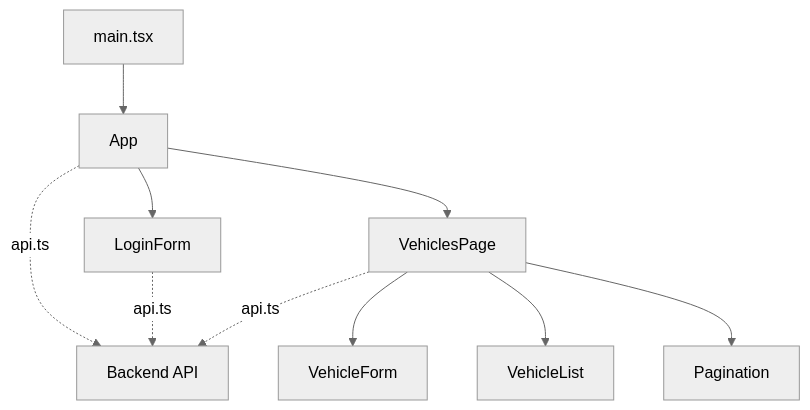
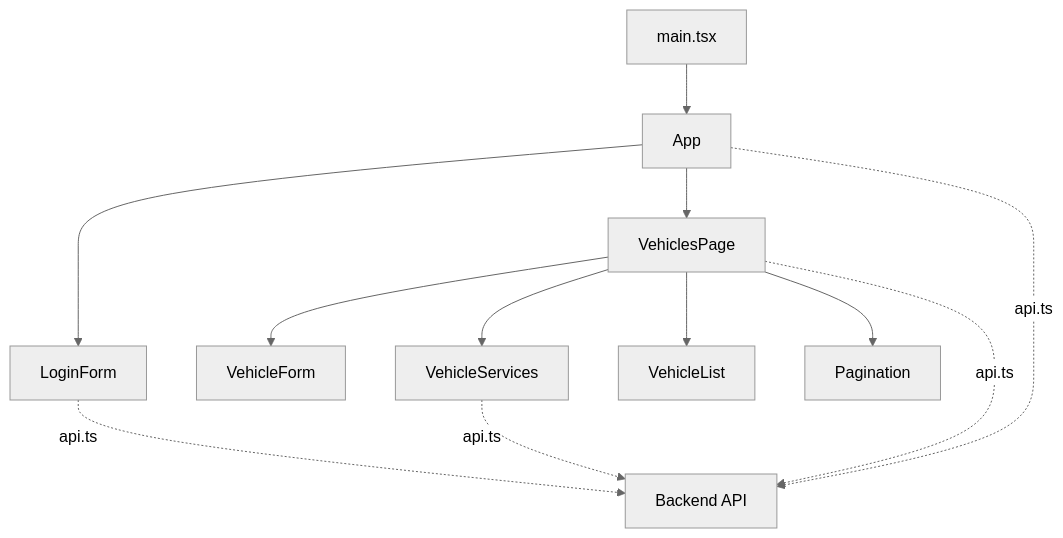
Before and after one commit to Matus1232/car-fleet-: the diagram in frontend/README.md, drawn with Mermaid (neutral theme). The commit also changed other lines of this file and 16 other files, not shown here.

````diff
--- a/frontend/README.md
+++ b/frontend/README.md
@@ -26,12 +27,14 @@
 ```mermaid
 flowchart TD
     main["main.tsx"] --> App
     App --> LoginForm
     App --> VehiclesPage
     VehiclesPage --> VehicleForm
+    VehiclesPage --> VehicleServices
     VehiclesPage --> VehicleList
     VehiclesPage --> Pagination
     App -. "api.ts" .-> API["Backend API"]
     LoginForm -. "api.ts" .-> API
     VehiclesPage -. "api.ts" .-> API
+    VehicleServices -. "api.ts" .-> API
 ```
````
